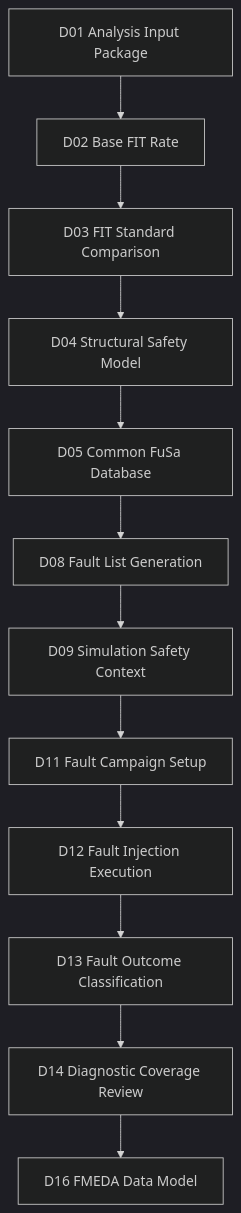
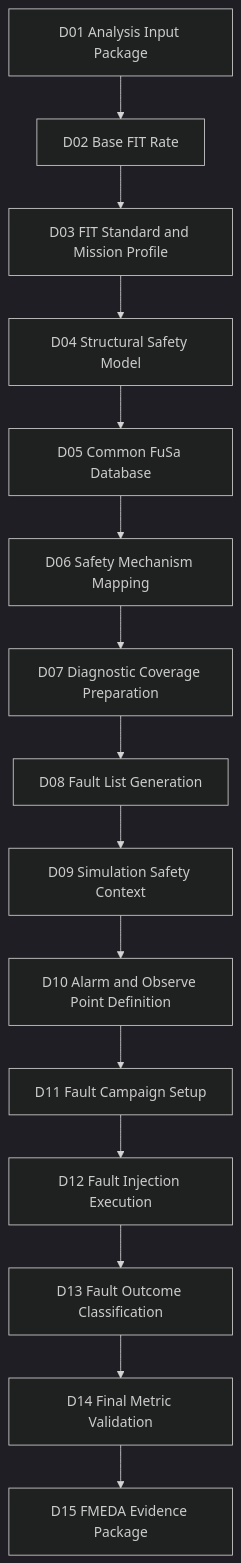
The first of 5 diagrams in articles/01_automotive_safeic_practice_d01_github_en_revised.md (qiqixixi1001/automotive-safeic-practice), drawn with Mermaid (dark theme) before and after one commit. The commit also changed other lines of this file, not shown here.

````diff
--- a/articles/01_automotive_safeic_practice_d01_github_en_revised.md
+++ b/articles/01_automotive_safeic_practice_d01_github_en_revised.md
@@ -245,14 +267,17 @@
 ```mermaid
 flowchart TD
     A[D01 Analysis Input Package] --> B[D02 Base FIT Rate]
-    B --> C[D03 FIT Standard Comparison]
+    B --> C[D03 FIT Standard and Mission Profile]
     C --> D[D04 Structural Safety Model]
     D --> E[D05 Common FuSa Database]
-    E --> F[D08 Fault List Generation]
-    F --> G[D09 Simulation Safety Context]
-    G --> H[D11 Fault Campaign Setup]
-    H --> I[D12 Fault Injection Execution]
-    I --> J[D13 Fault Outcome Classification]
-    J --> K[D14 Diagnostic Coverage Review]
-    K --> L[D16 FMEDA Data Model]
+    E --> F[D06 Safety Mechanism Mapping]
+    F --> G[D07 Diagnostic Coverage Preparation]
+    G --> H[D08 Fault List Generation]
+    H --> I[D09 Simulation Safety Context]
+    I --> J[D10 Alarm and Observe Point Definition]
+    J --> K[D11 Fault Campaign Setup]
+    K --> L[D12 Fault Injection Execution]
+    L --> M[D13 Fault Outcome Classification]
+    M --> N[D14 Final Metric Validation]
+    N --> O[D15 FMEDA Evidence Package]
 ```
````
